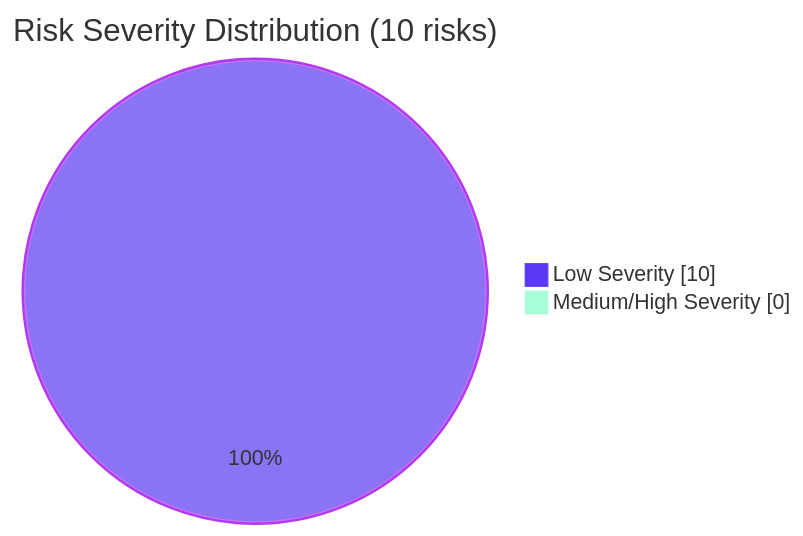
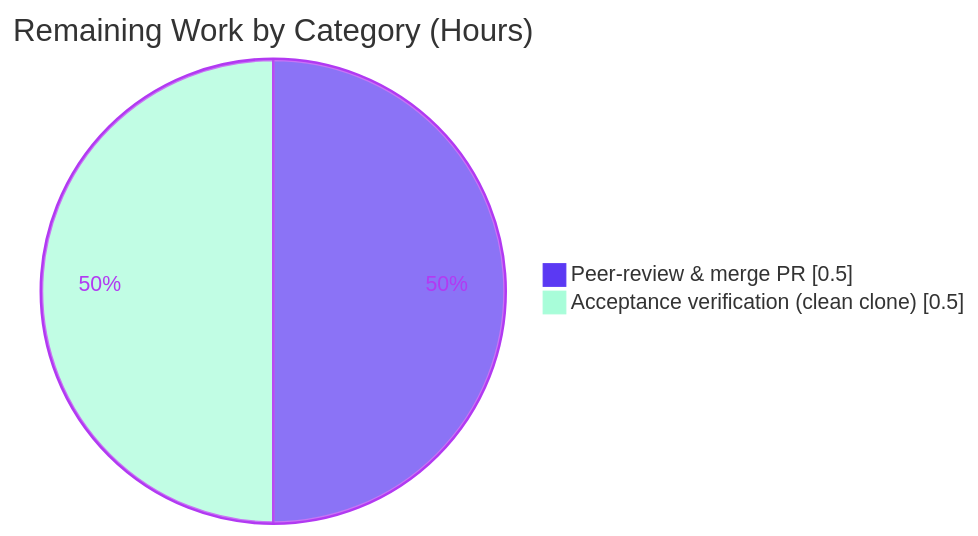
One commit to shaliniblitzy/-With-default-AAP-and-project-guide- changed the third of 3 diagrams in blitzy/documentation/Project Guide.md. Above: the diagram before and after it, drawn with Mermaid. The commit also changed other lines of this file, not shown here.

Commit message:
Adding Blitzy Project Guide: Project Status and Human Tasks Remaining

````diff
--- a/blitzy/documentation/Project Guide.md
+++ b/blitzy/documentation/Project Guide.md
@@ -244,6 +196,6 @@
 ```mermaid
-%%{init: {'theme': 'base', 'themeVariables': {'pie1': '#5B39F3', 'pie2': '#A8FDD9', 'pieStrokeColor': '#B23AF2', 'pieOuterStrokeColor': '#B23AF2', 'pieOuterStrokeWidth': '2px'}}}%%
-pie showData title Risk Severity Distribution (10 risks)
-    "Low Severity" : 10
-    "Medium/High Severity" : 0
+%%{init: {'theme':'base', 'themeVariables':{'pie1':'#5B39F3','pie2':'#A8FDD9','pieStrokeColor':'#B23AF2','pieOuterStrokeColor':'#B23AF2','pieSectionTextColor':'#B23AF2'}}}%%
+pie showData title Remaining Work by Category (Hours)
+    "Peer-review & merge PR" : 0.5
+    "Acceptance verification (clean clone)" : 0.5
 ```
````
